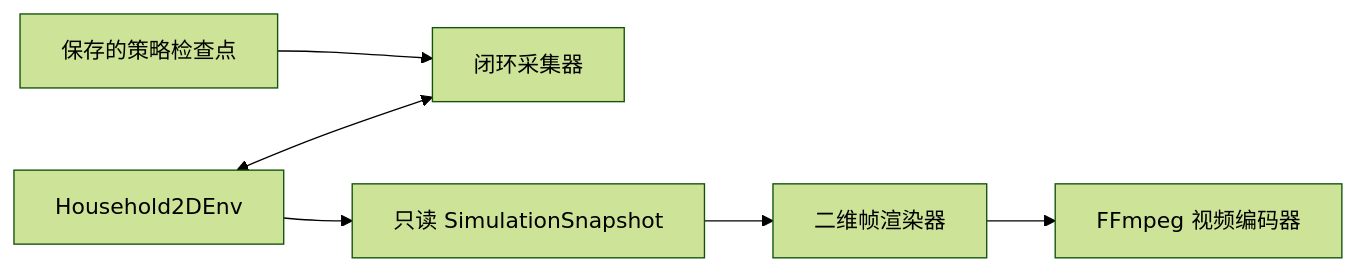
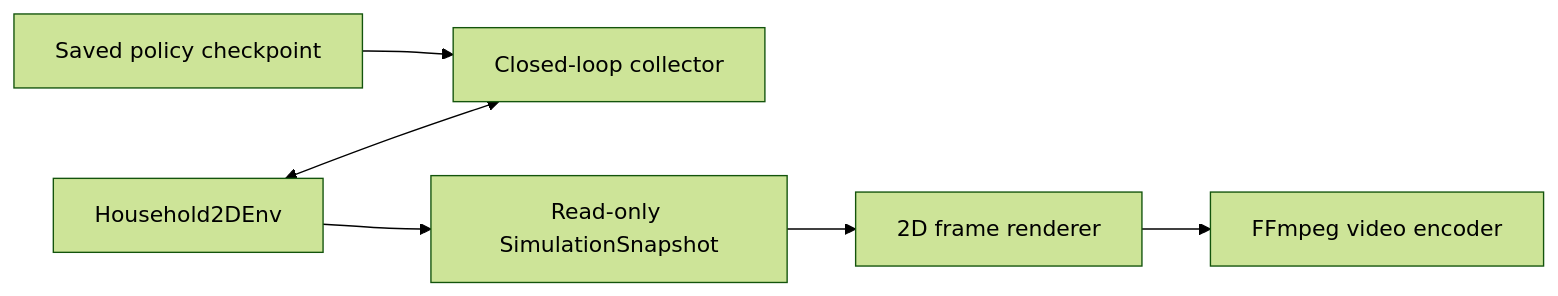
One commit to louisyoungx/hwr changed the second of 2 diagrams in docs/architecture.md. Above: the diagram before and after it, drawn with Mermaid (forest theme). The commit also changed other lines of this file and 52 other files, not shown here.

````diff
--- a/docs/architecture.md
+++ b/docs/architecture.md
@@ -219,8 +211,8 @@
 ```mermaid
 flowchart LR
-    A[保存的策略检查点] --> B[闭环采集器]
+    A[Saved policy checkpoint] --> B[Closed-loop collector]
     C[Household2DEnv] <--> B
-    C --> D[只读 SimulationSnapshot]
-    D --> E[二维帧渲染器]
-    E --> F[FFmpeg 视频编码器]
+    C --> D[Read-only SimulationSnapshot]
+    D --> E[2D frame renderer]
+    E --> F[FFmpeg video encoder]
 ```
````
